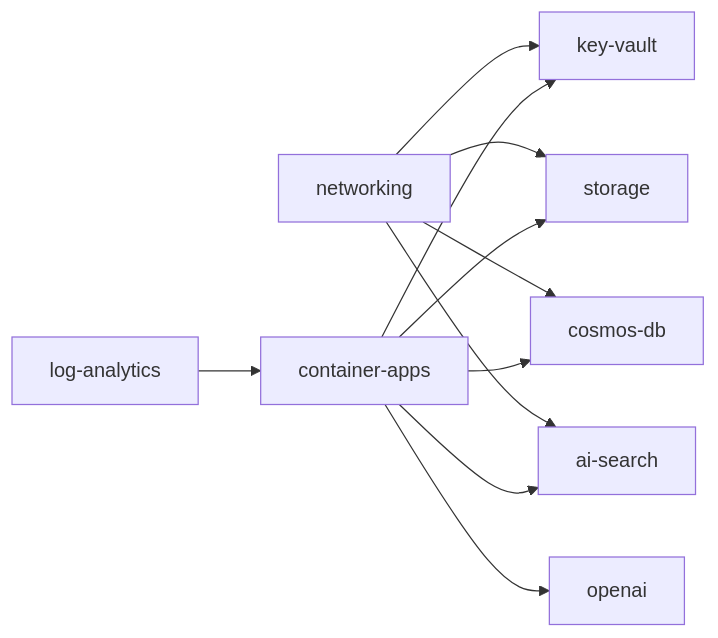
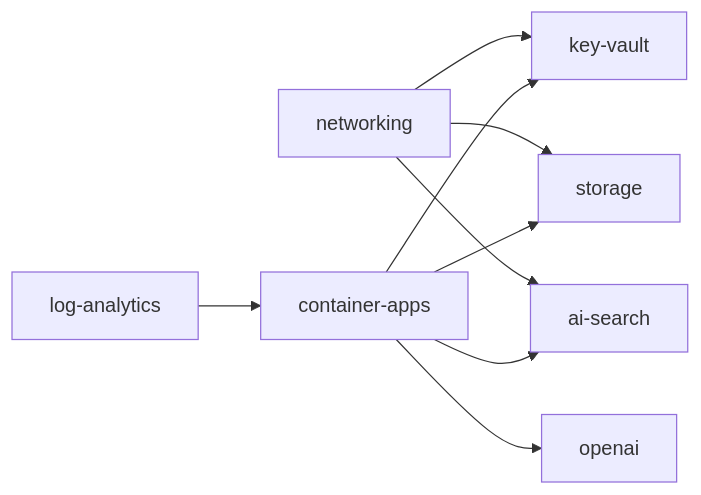
Before and after one commit to barney-w/surf: the second of 2 diagrams in README.md, drawn with Mermaid. The commit also changed other lines of this file and 50 other files, not shown here.

````diff
--- a/README.md
+++ b/README.md
@@ -178,22 +179,19 @@
 ```mermaid
 graph LR
   vnet["networking"]
   openai["openai"]
   search["ai-search"]
-  cosmos["cosmos-db"]
   storage["storage"]
   kv["key-vault"]
   logs["log-analytics"]
   ca["container-apps"]
 
   vnet --> search
-  vnet --> cosmos
   vnet --> storage
   vnet --> kv
   logs --> ca
   ca --> openai
   ca --> search
-  ca --> cosmos
   ca --> kv
   ca --> storage
 ```
````
